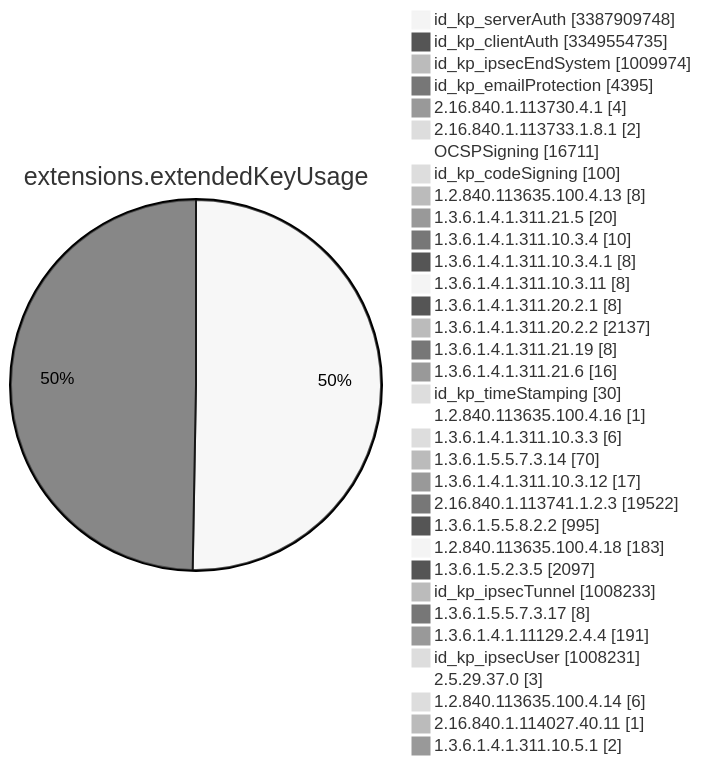
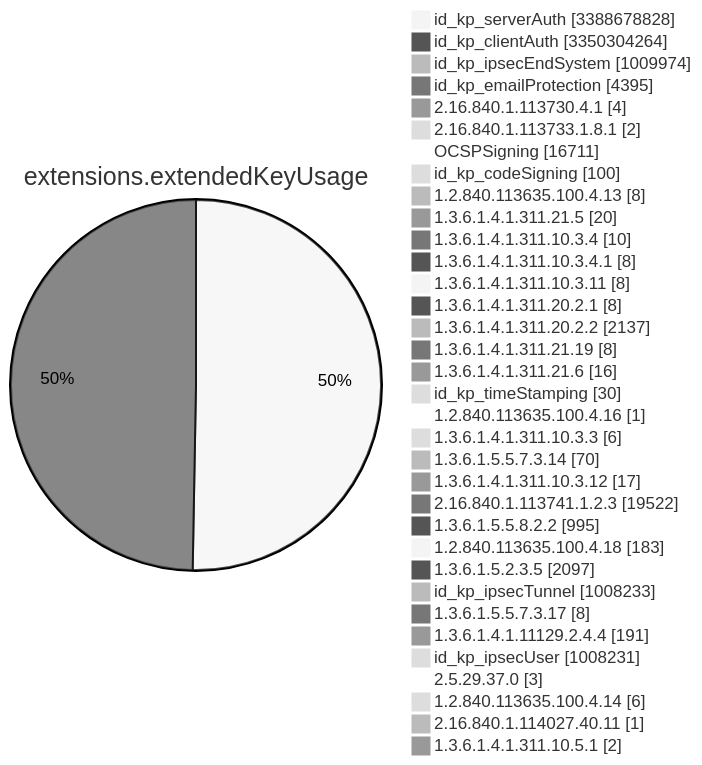
Before and after one commit to christiankrug/ctmonitor_visualization: diagram 11 of 15 in TOTAL/README.md, drawn with Mermaid (neutral theme). The commit also changed other lines of this file, not shown here.

````diff
--- a/TOTAL/README.md
+++ b/TOTAL/README.md
@@ -4121,38 +4121,38 @@
 ```mermaid
 pie showData
 title extensions.extendedKeyUsage
-"id_kp_serverAuth" :3387909748
-"id_kp_clientAuth" :3349554735
+"id_kp_serverAuth" :3388678828
+"id_kp_clientAuth" :3350304264
 "id_kp_ipsecEndSystem" :1009974
 "id_kp_emailProtection" :4395
 "2.16.840.1.113730.4.1" :4
 "2.16.840.1.113733.1.8.1" :2
 "OCSPSigning" :16711
 "id_kp_codeSigning" :100
 "1.2.840.113635.100.4.13" :8
 "1.3.6.1.4.1.311.21.5" :20
 "1.3.6.1.4.1.311.10.3.4" :10
 "1.3.6.1.4.1.311.10.3.4.1" :8
 "1.3.6.1.4.1.311.10.3.11" :8
 "1.3.6.1.4.1.311.20.2.1" :8
 "1.3.6.1.4.1.311.20.2.2" :2137
 "1.3.6.1.4.1.311.21.19" :8
 "1.3.6.1.4.1.311.21.6" :16
 "id_kp_timeStamping" :30
 "1.2.840.113635.100.4.16" :1
 "1.3.6.1.4.1.311.10.3.3" :6
 "1.3.6.1.5.5.7.3.14" :70
 "1.3.6.1.4.1.311.10.3.12" :17
 "2.16.840.1.113741.1.2.3" :19522
 "1.3.6.1.5.5.8.2.2" :995
 "1.2.840.113635.100.4.18" :183
 "1.3.6.1.5.2.3.5" :2097
 "id_kp_ipsecTunnel" :1008233
 "1.3.6.1.5.5.7.3.17" :8
 "1.3.6.1.4.1.11129.2.4.4" :191
 "id_kp_ipsecUser" :1008231
 "2.5.29.37.0" :3
 "1.2.840.113635.100.4.14" :6
 "2.16.840.1.114027.40.11" :1
 "1.3.6.1.4.1.311.10.5.1" :2
 ```
````
